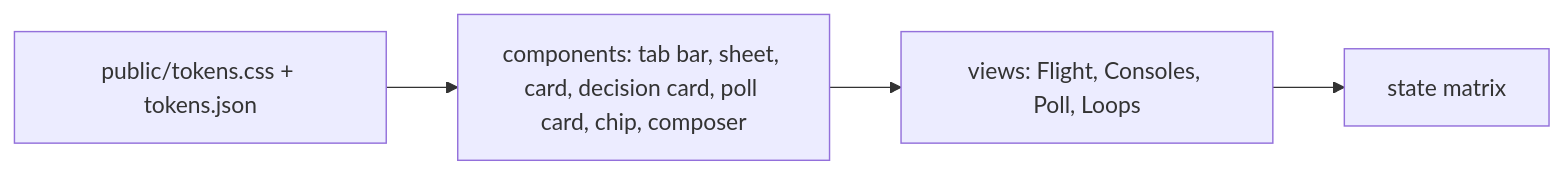
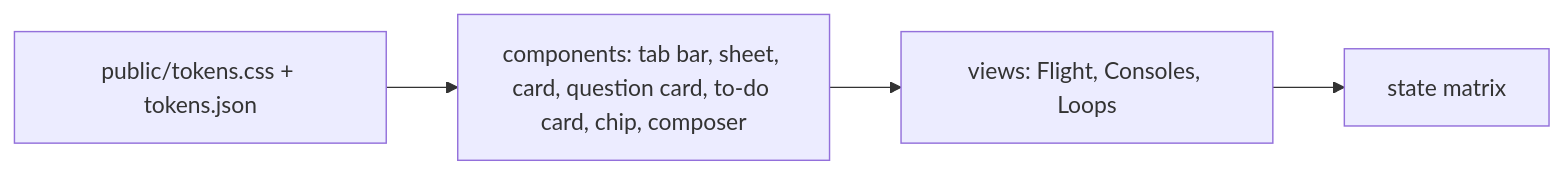
The diagram in tools/app/DESIGN.md (sultanassi95/mission-control), drawn with Mermaid before and after one commit. The commit also changed other lines of this file and 15 other files, not shown here.

First line of the commit message:
feat(mc-163): ask a controller's question as one of flight's own, and retire the poll (#42)

````diff
--- a/tools/app/DESIGN.md
+++ b/tools/app/DESIGN.md
@@ -3,6 +3,6 @@
 ```mermaid
 flowchart LR
-  T[public/tokens.css + tokens.json] --> C[components: tab bar, sheet, card, decision card, poll card, chip, composer]
-  C --> V[views: Flight, Consoles, Poll, Loops]
+  T[public/tokens.css + tokens.json] --> C[components: tab bar, sheet, card, question card, to-do card, chip, composer]
+  C --> V[views: Flight, Consoles, Loops]
   V --> S[state matrix]
 ```
````
